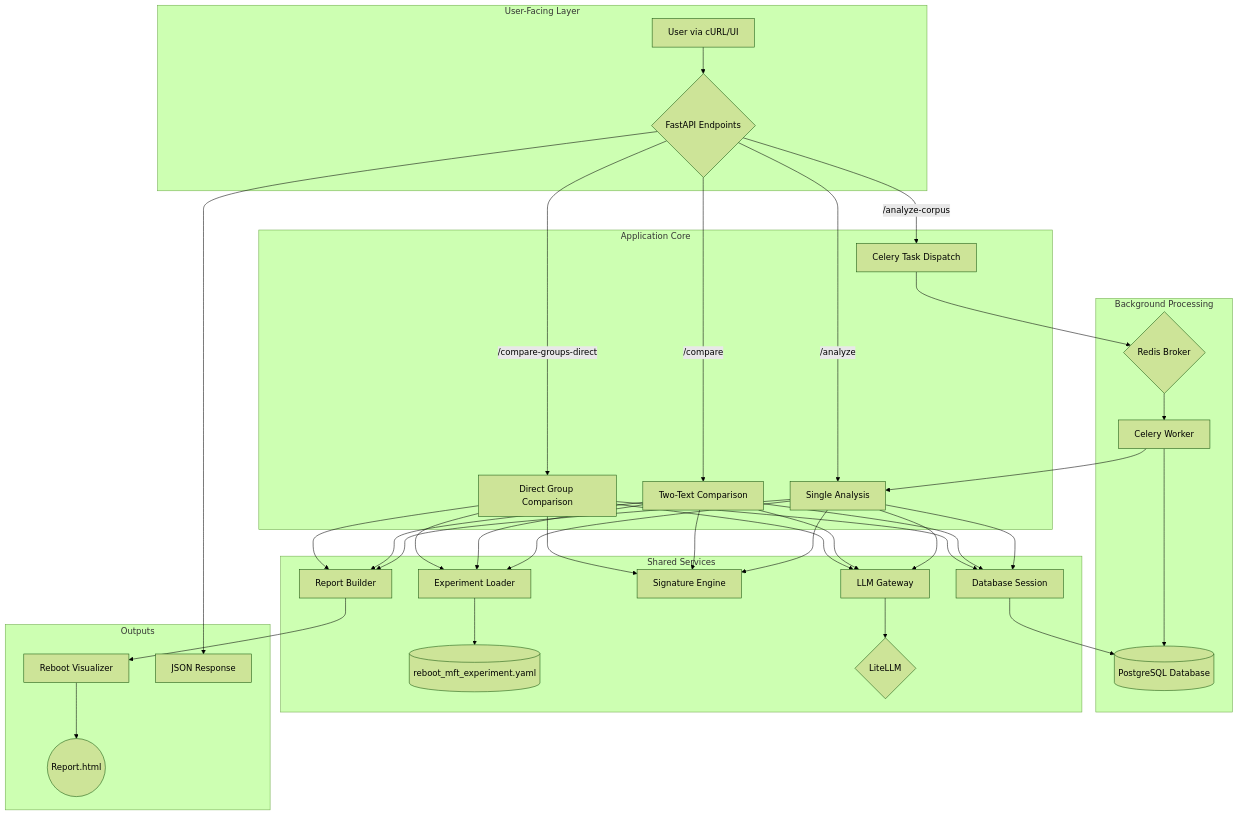
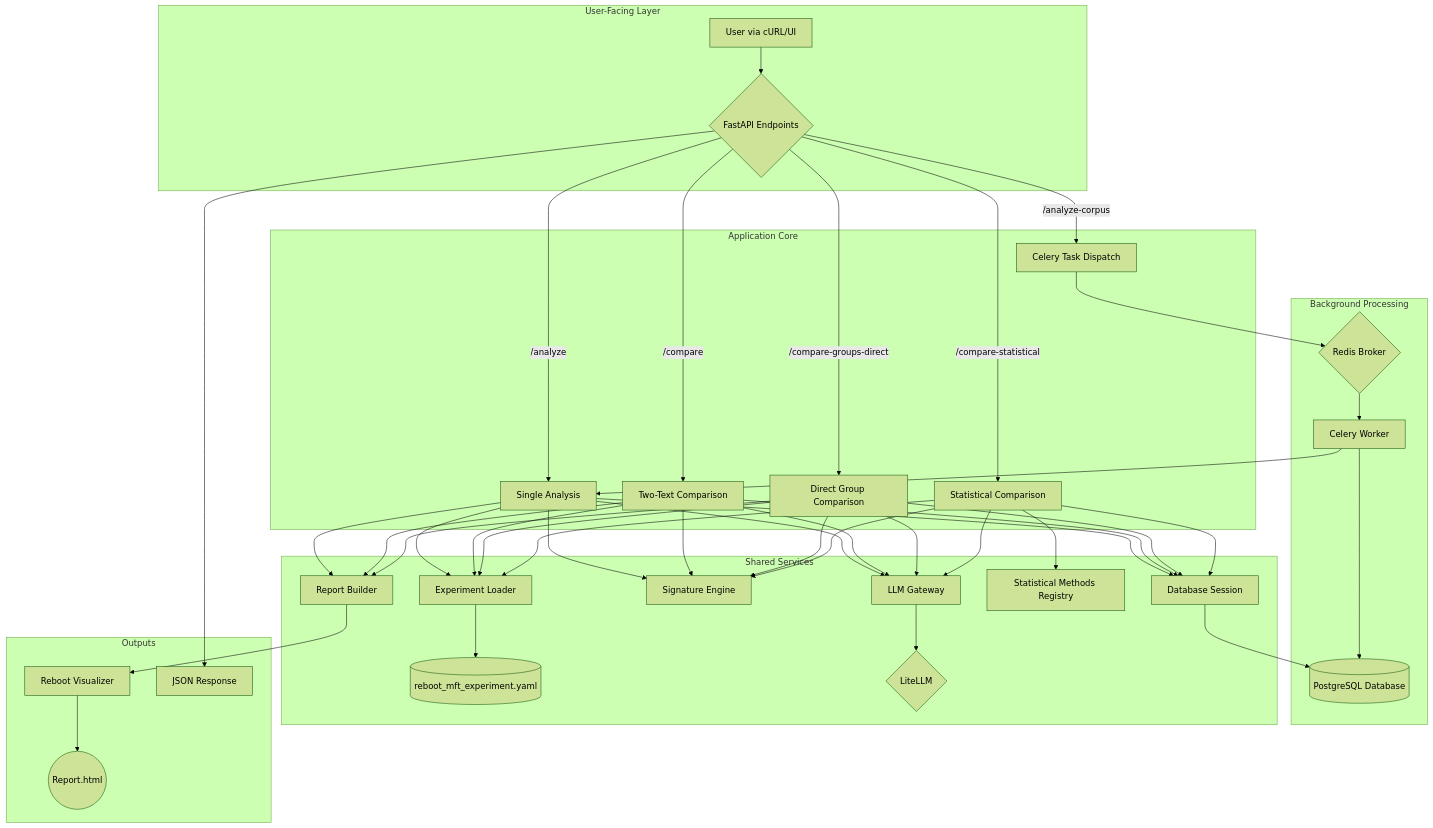
The diagram in src/reboot/pm/03_mvp_plan.md (discernus/discernus), drawn with Mermaid (forest theme) before and after one commit. The commit also changed other lines of this file and 21 other files, not shown here.

First line of the commit message:
🚀 Pre-surgery commit: Working reboot system with circular charts fix and enhanced templates

````diff
--- a/src/reboot/pm/03_mvp_plan.md
+++ b/src/reboot/pm/03_mvp_plan.md
@@ -13,37 +13,39 @@
 ```mermaid
 graph TD
     subgraph "User-Facing Layer"
         A[User via cURL/UI] --> B{FastAPI Endpoints};
     end
 
     subgraph "Application Core"
         B -- "/analyze" --> S1[Single Analysis];
         B -- "/compare" --> S2[Two-Text Comparison];
         B -- "/compare-groups-direct" --> S3[Direct Group Comparison];
+        B -- "/compare-statistical" --> S4[Statistical Comparison];
         B -- "/analyze-corpus" --> T[Celery Task Dispatch];
     end
 
     subgraph "Background Processing"
         T --> W{Redis Broker};
         W --> C[Celery Worker];
         C --> S1;
         C --> DB[(PostgreSQL Database)];
     end
 
     subgraph "Shared Services"
-        S1 & S2 & S3 --> E[Experiment Loader];
+        S1 & S2 & S3 & S4 --> E[Experiment Loader];
         E --> F[(reboot_mft_experiment.yaml)];
-        S1 & S2 & S3 --> LG[LLM Gateway];
+        S1 & S2 & S3 & S4 --> LG[LLM Gateway];
         LG --> D{LiteLLM};
-        S1 & S2 & S3 --> SE[Signature Engine];
+        S1 & S2 & S3 & S4 --> SE[Signature Engine];
         S1 & S2 & S3 --> RB[Report Builder];
-        S1 & S2 & S3 --> DBS[Database Session];
+        S4 --> SM[Statistical Methods Registry];
+        S1 & S2 & S3 & S4 --> DBS[Database Session];
         DBS --> DB;
     end
     
     subgraph "Outputs"
         RB --> RV[Reboot Visualizer];
         RV --> J((Report.html));
         B --> K[JSON Response];
     end
 ```
````
